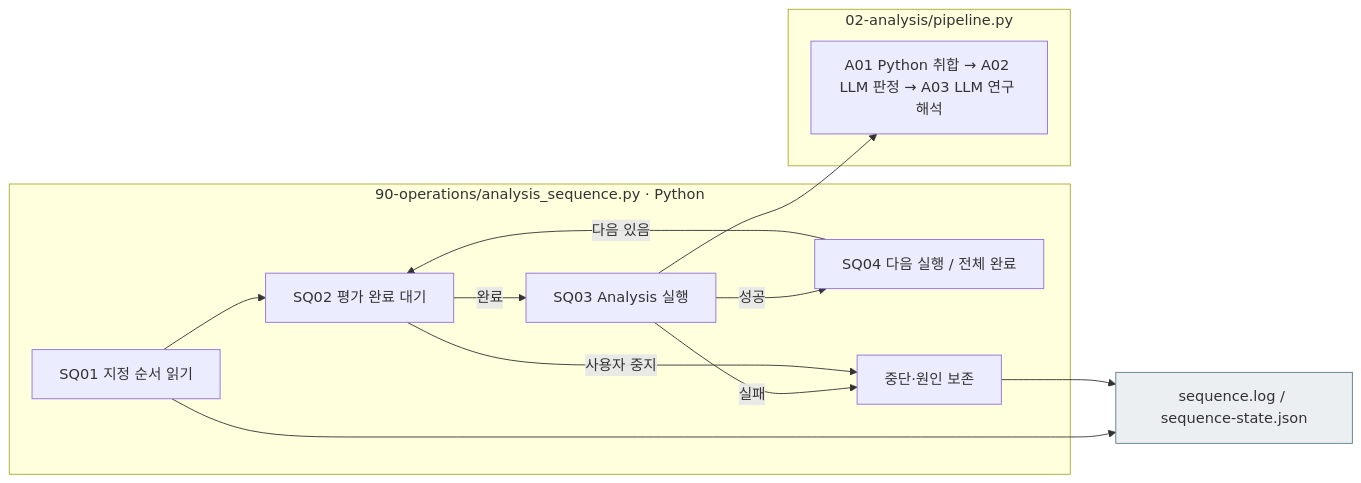
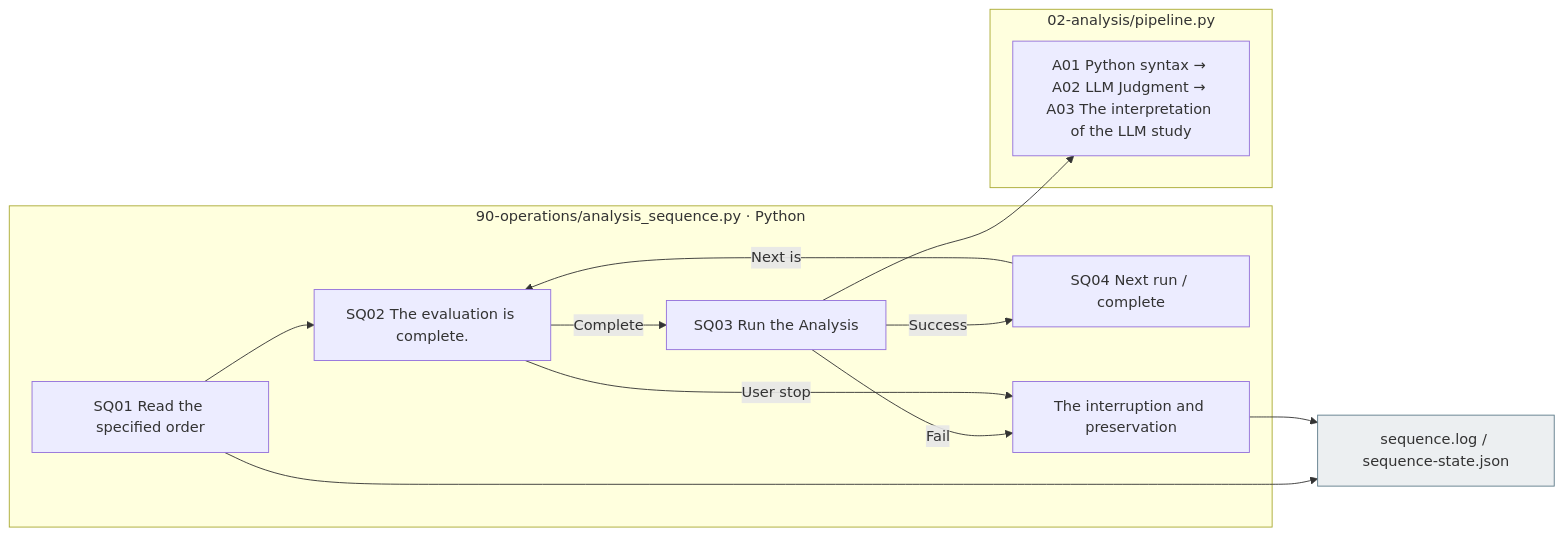
One commit to pnu-clink/finject changed the third of 3 diagrams in src/finarch/documentation/templates/stages/02-experiments/02_analysis/README.md. Above: the diagram before and after it, drawn with Mermaid. The commit also changed other lines of this file and 644 other files, not shown here.

````diff
--- a/src/finarch/documentation/templates/stages/02-experiments/02_analysis/README.md
+++ b/src/finarch/documentation/templates/stages/02-experiments/02_analysis/README.md
@@ -186,19 +186,19 @@
 ```mermaid
 flowchart LR
  subgraph queue["90-operations/analysis_sequence.py · Python"]
-  Q["SQ01 지정 순서 읽기"] --> W["SQ02 평가 완료 대기"]
-  W -->|완료| R["SQ03 Analysis 실행"]
-  R -->|성공| N["SQ04 다음 실행 / 전체 완료"]
-  N -->|다음 있음| W
-  R -->|실패| F["중단·원인 보존"]
-  W -->|사용자 중지| F
+  Q["SQ01 Read the specified order"] --> W["SQ02 The evaluation is complete."]
+  W -->|Complete| R["SQ03 Run the Analysis"]
+  R -->|Success| N["SQ04 Next run / complete"]
+  N -->|Next is| W
+  R -->|Fail| F["The interruption and preservation"]
+  W -->|User stop| F
  end
  subgraph analysis["02-analysis/pipeline.py"]
-  A["A01 Python 취합 → A02 LLM 판정 → A03 LLM 연구 해석"]
+  A["A01 Python syntax → A02 LLM Judgment → A03 The interpretation of the LLM study"]
  end
  R --> A
  Q --> L["sequence.log / sequence-state.json"]
  F --> L
  classDef file fill:#eceff1,stroke:#607d8b;
  class L file;
 ```
````
